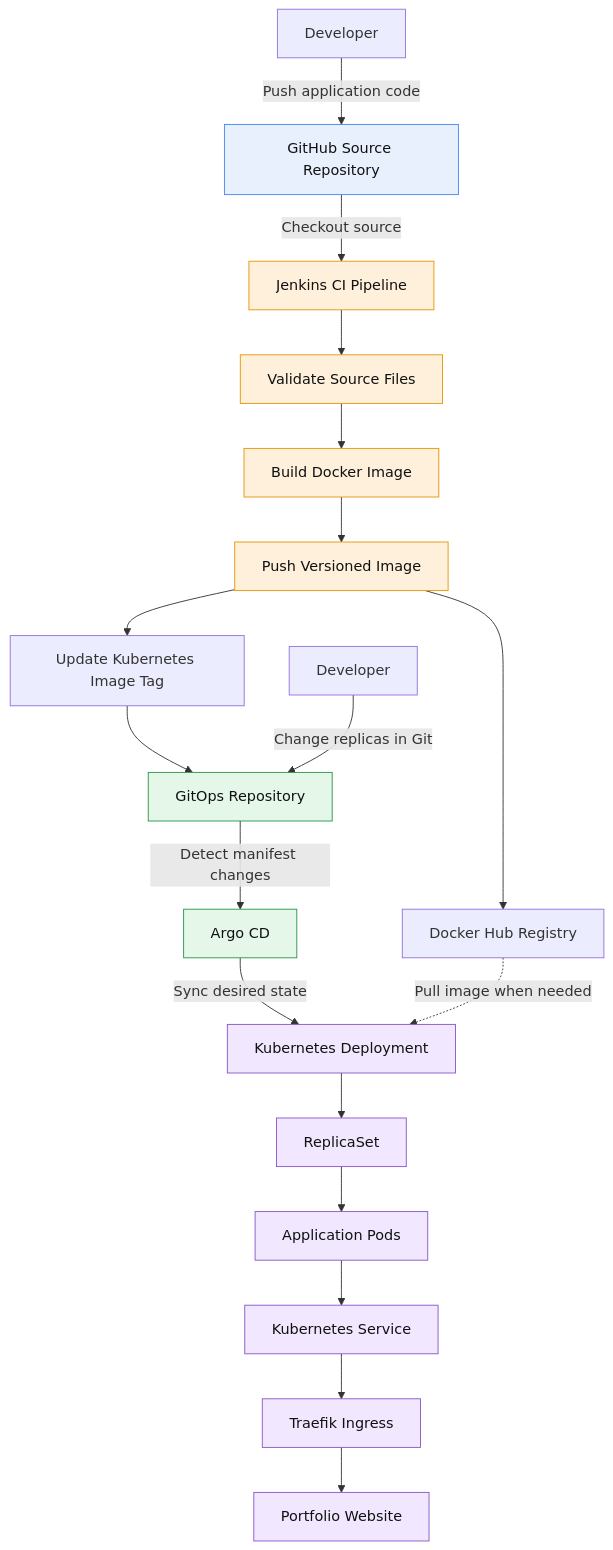
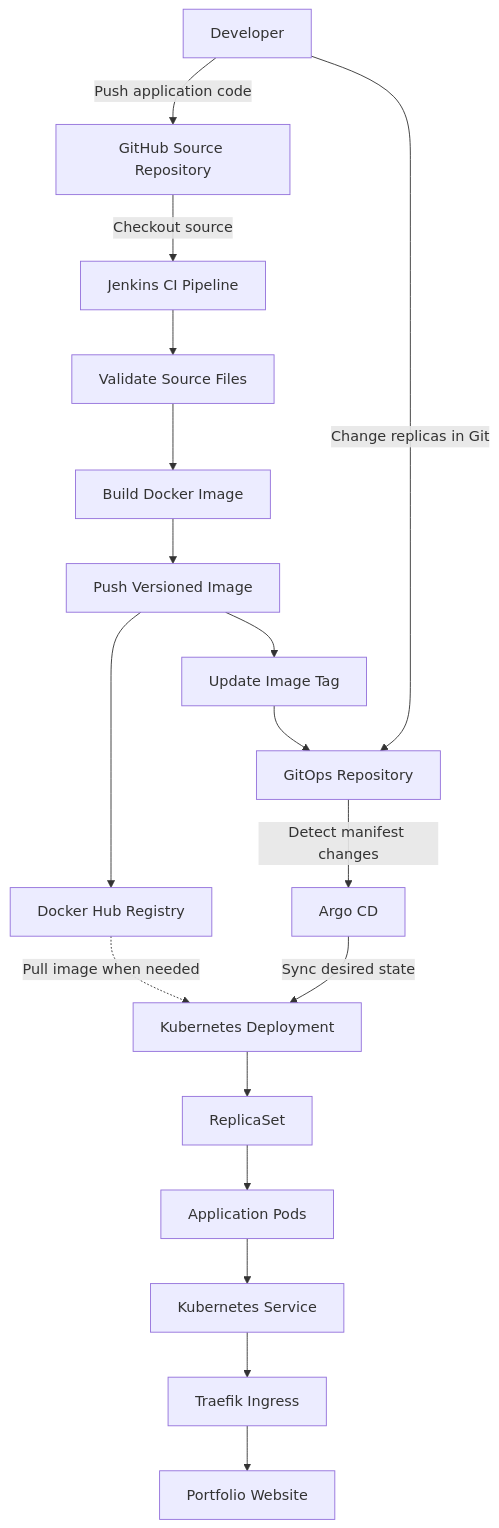
The diagram in README.md (AravindaKumar-0/devops-portfolio), drawn with Mermaid before and after one commit. The commit also changed other lines of this file, not shown here.

Commit message:
Add architecture diagram and workflow details to README
Added an architecture diagram to illustrate the CI/CD and GitOps workflows, including details on how changes propagate through the system.

````diff
--- a/README.md
+++ b/README.md
@@ -21,35 +23,24 @@
 ```mermaid
 flowchart TD
     DEV["Developer"] -->|Push application code| SRC["GitHub Source Repository"]
     SRC -->|Checkout source| JENKINS["Jenkins CI Pipeline"]
 
     JENKINS --> VALIDATE["Validate Source Files"]
     VALIDATE --> BUILD["Build Docker Image"]
     BUILD --> PUSH["Push Versioned Image"]
     PUSH --> HUB["Docker Hub Registry"]
-
-    PUSH --> UPDATE["Update Kubernetes Image Tag"]
+    PUSH --> UPDATE["Update Image Tag"]
     UPDATE --> GITOPS["GitOps Repository"]
 
     GITOPS -->|Detect manifest changes| ARGO["Argo CD"]
     ARGO -->|Sync desired state| K8S["Kubernetes Deployment"]
     HUB -.->|Pull image when needed| K8S
 
     K8S --> RS["ReplicaSet"]
     RS --> PODS["Application Pods"]
     PODS --> SVC["Kubernetes Service"]
     SVC --> ING["Traefik Ingress"]
     ING --> WEB["Portfolio Website"]
 
-    DEV2["Developer"] -->|Change replicas in Git| GITOPS
-
-    classDef source fill:#e8f0fe,stroke:#4285f4,color:#111
-    classDef ci fill:#fff0db,stroke:#e69500,color:#111
-    classDef gitops fill:#e4f7e9,stroke:#279447,color:#111
-    classDef runtime fill:#f1e8ff,stroke:#8754c7,color:#111
-
-    class SRC source
-    class JENKINS,VALIDATE,BUILD,PUSH ci
-    class GITOPS,ARGO gitops
-    class K8S,RS,PODS,SVC,ING,WEB runtime
+    DEV -->|Change replicas in Git| GITOPS
 ```
````
